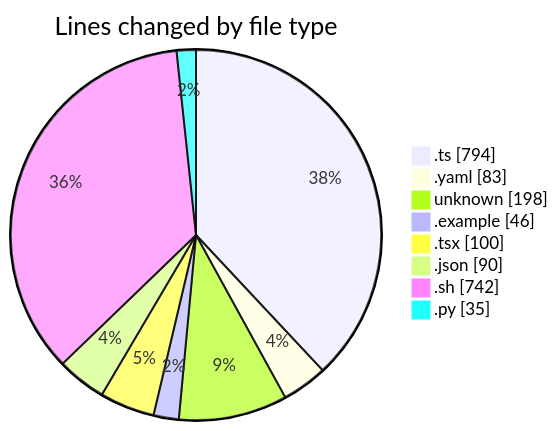
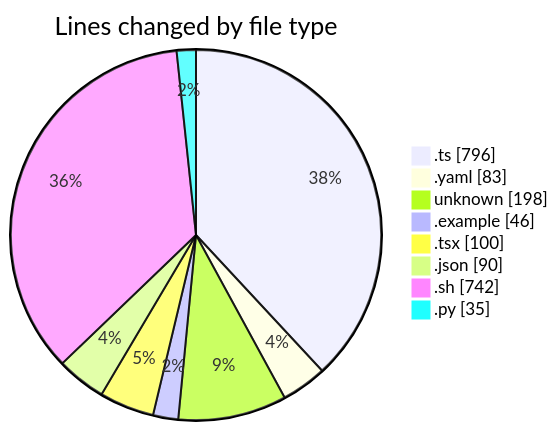
One commit to mevix1/code-tracking changed the first of 2 diagrams in 2025-10-01/open-health/README.md. Above: the diagram before and after it, drawn with Mermaid. The commit also changed other lines of this file and 1 other file, not shown here.

````diff
--- a/2025-10-01/open-health/README.md
+++ b/2025-10-01/open-health/README.md
@@ -55,12 +55,12 @@
 ```mermaid
 pie showData
 title Lines changed by file type
-".ts" : 794
+".ts" : 796
 ".yaml" : 83
 "unknown" : 198
 ".example" : 46
 ".tsx" : 100
 ".json" : 90
 ".sh" : 742
 ".py" : 35
 ```
````
